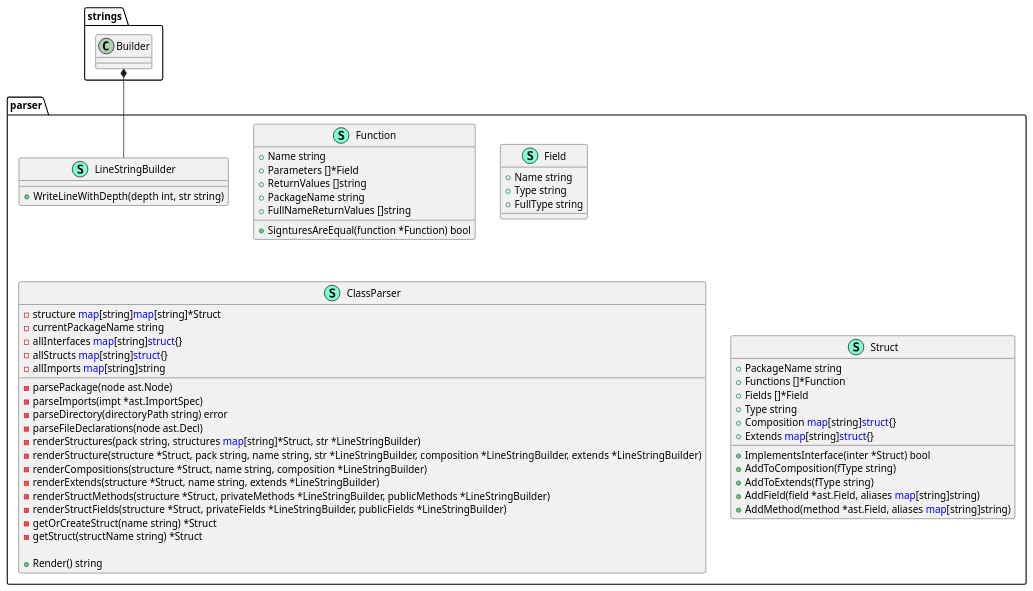
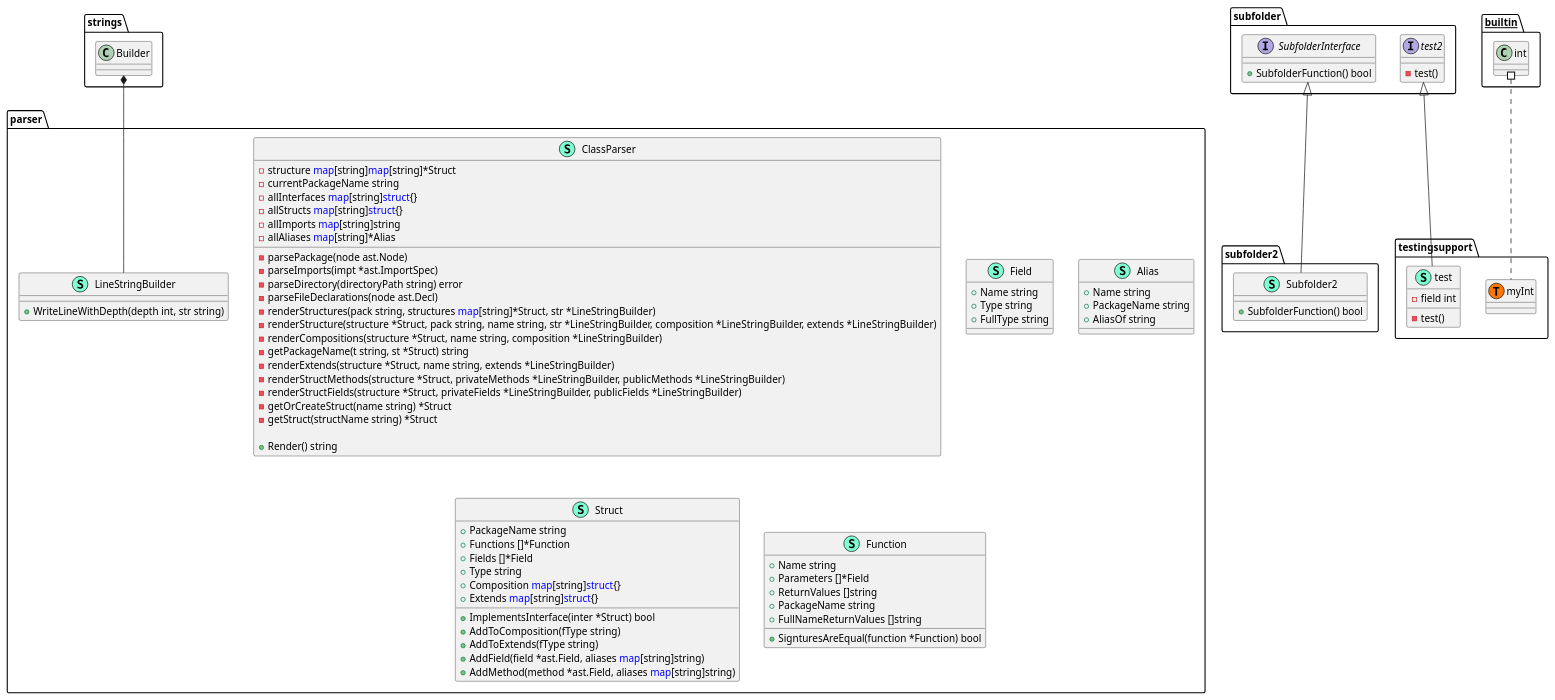
One commit to thgoexpt/PlantUML-Class-Diagram-Generator-for-golang-projects changed the diagram in ClassDiagram.puml. Above: the diagram before and after it, drawn with PlantUML. The commit also changed other lines of this file and 8 other files, not shown here.

```diff
--- a/ClassDiagram.puml
+++ b/ClassDiagram.puml
@@ -1,65 +2,108 @@
 @startuml
-namespace parser {
-    class Function << (S,Aquamarine) >> {
-        + Name string
-        + Parameters []*Field
-        + ReturnValues []string
-        + PackageName string
-        + FullNameReturnValues []string
-
-        + SignturesAreEqual(function *Function) bool
+namespace subfolder2 {
+    class Subfolder2 << (S,Aquamarine) >> {
+        + SubfolderFunction() bool
 
     }
-    class Field << (S,Aquamarine) >> {
-        + Name string
-        + Type string
-        + FullType string
+}
 
-    }
+subfolder.SubfolderInterface <|-- subfolder2.Subfolder2
+
+namespace parser {
     class LineStringBuilder << (S,Aquamarine) >> {
         + WriteLineWithDepth(depth int, str string) 
 
     }
     class ClassParser << (S,Aquamarine) >> {
         - structure <font color=blue>map</font>[string]<font color=blue>map</font>[string]*Struct
         - currentPackageName string
         - allInterfaces <font color=blue>map</font>[string]<font color=blue>struct</font>{}
         - allStructs <font color=blue>map</font>[string]<font color=blue>struct</font>{}
         - allImports <font color=blue>map</font>[string]string
+        - allAliases <font color=blue>map</font>[string]*Alias
 
         - parsePackage(node ast.Node) 
         - parseImports(impt *ast.ImportSpec) 
         - parseDirectory(directoryPath string) error
         - parseFileDeclarations(node ast.Decl) 
         - renderStructures(pack string, structures <font color=blue>map</font>[string]*Struct, str *LineStringBuilder) 
         - renderStructure(structure *Struct, pack string, name string, str *LineStringBuilder, composition *LineStringBuilder, extends *LineStringBuilder) 
         - renderCompositions(structure *Struct, name string, composition *LineStringBuilder) 
+        - getPackageName(t string, st *Struct) string
         - renderExtends(structure *Struct, name string, extends *LineStringBuilder) 
         - renderStructMethods(structure *Struct, privateMethods *LineStringBuilder, publicMethods *LineStringBuilder) 
         - renderStructFields(structure *Struct, privateFields *LineStringBuilder, publicFields *LineStringBuilder) 
         - getOrCreateStruct(name string) *Struct
         - getStruct(structName string) *Struct
 
         + Render() string
+
+    }
+    class Field << (S,Aquamarine) >> {
+        + Name string
+        + Type string
+        + FullType string
+
+    }
+    class Alias << (S,Aquamarine) >> {
+        + Name string
+        + PackageName string
+        + AliasOf string
 
     }
     class Struct << (S,Aquamarine) >> {
         + PackageName string
         + Functions []*Function
         + Fields []*Field
         + Type string
         + Composition <font color=blue>map</font>[string]<font color=blue>struct</font>{}
         + Extends <font color=blue>map</font>[string]<font color=blue>struct</font>{}
 
         + ImplementsInterface(inter *Struct) bool
         + AddToComposition(fType string) 
         + AddToExtends(fType string) 
         + AddField(field *ast.Field, aliases <font color=blue>map</font>[string]string) 
         + AddMethod(method *ast.Field, aliases <font color=blue>map</font>[string]string) 
 
     }
+    class Function << (S,Aquamarine) >> {
+        + Name string
+        + Parameters []*Field
+        + ReturnValues []string
+        + PackageName string
+        + FullNameReturnValues []string
+
+        + SignturesAreEqual(function *Function) bool
+
+    }
 }
 strings.Builder *-- parser.LineStringBuilder
 
 
+namespace testingsupport {
+    class test << (S,Aquamarine) >> {
+        - field int
+
+        - test() 
+
+    }
+    class testingsupport.myInt << (T, #FF7700) >>  {
+    }
+}
+
+subfolder.test2 <|-- testingsupport.test
+
+namespace subfolder {
+    interface test2  {
+        - test() 
+
+    }
+    interface SubfolderInterface  {
+        + SubfolderFunction() bool
+
+    }
+}
+
+
+__builtin__.int #.. testingsupport.myInt
 @enduml
```
